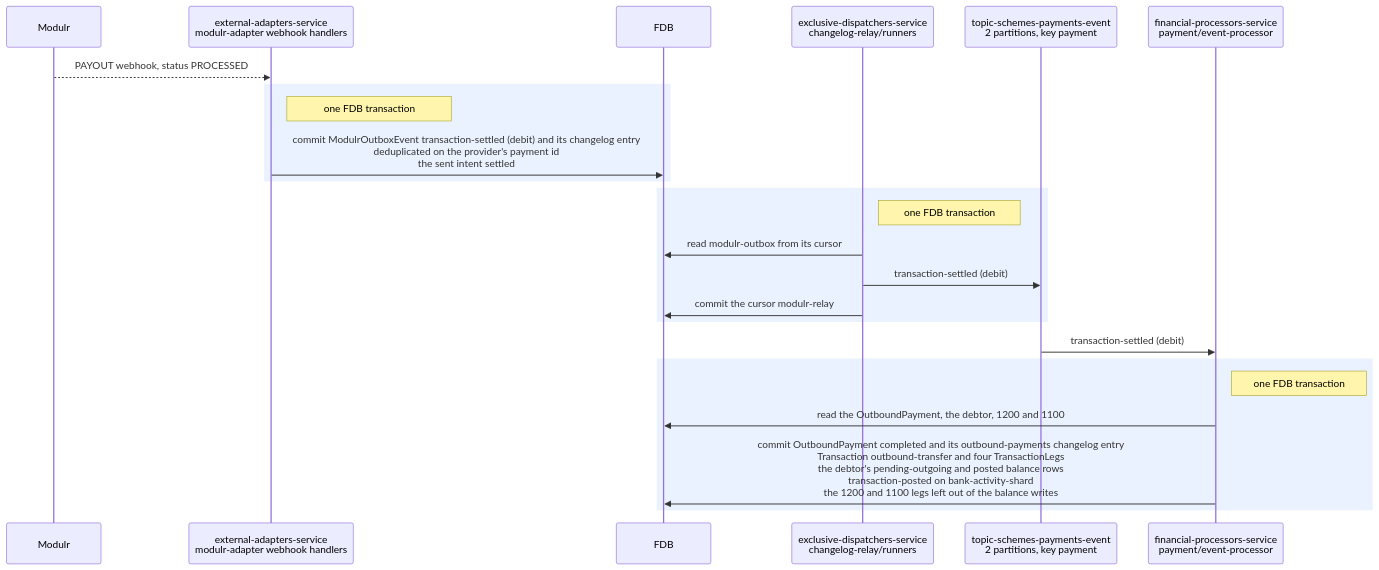
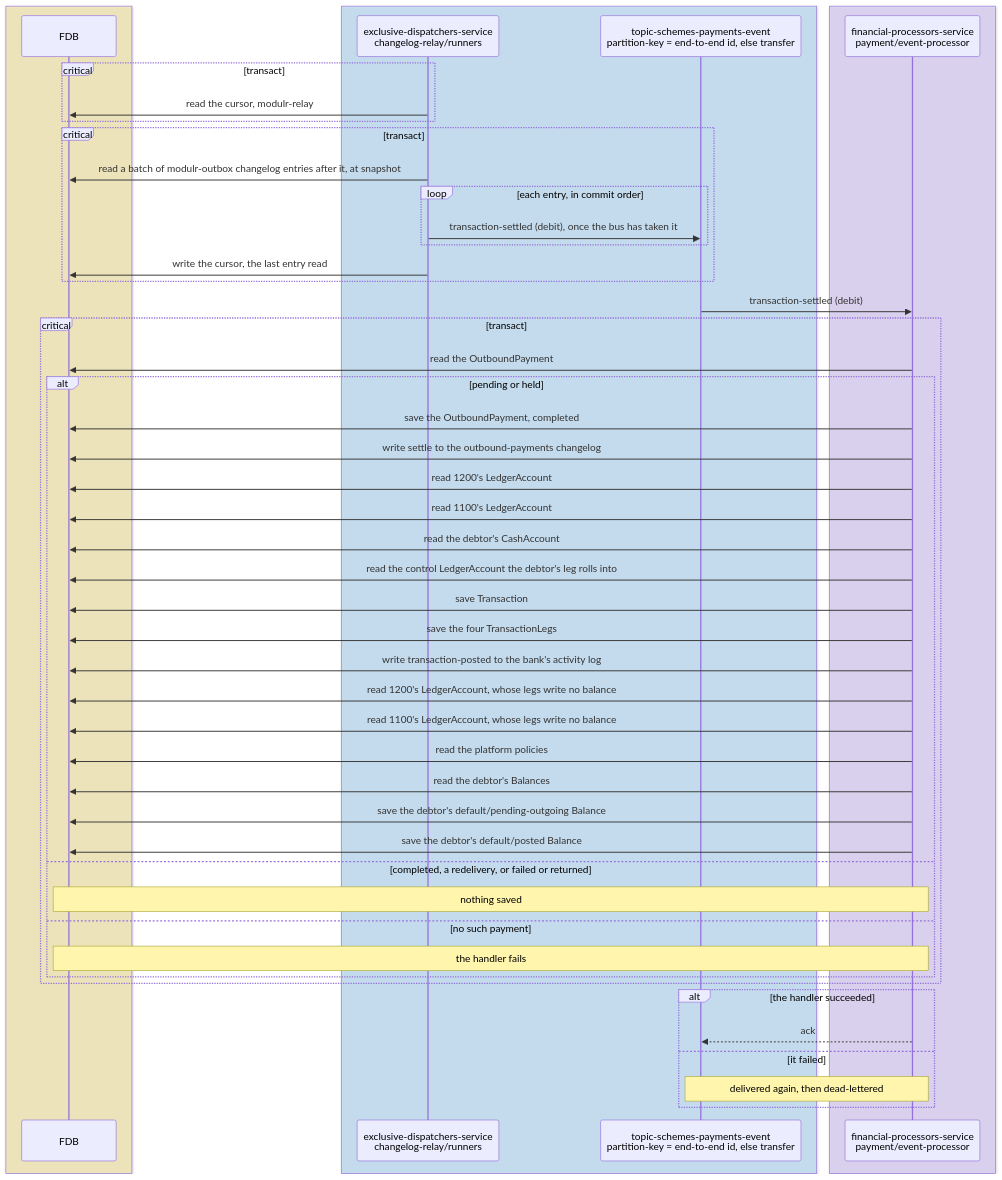
The ninth of 15 diagrams in docs/tdd/payments-outbound.md (repldriven/queenswood), drawn with Mermaid before and after one commit. The commit also changed other lines of this file and 2 other files, not shown here.

Commit message:
Draw outbound and inbound payments to the internal diagrams' conventions

````diff
--- a/docs/tdd/payments-outbound.md
+++ b/docs/tdd/payments-outbound.md
@@ -163,26 +475,53 @@
 ```mermaid
 sequenceDiagram
-    participant PR as Modulr
-    participant WH as external-adapters-service<br/>modulr-adapter webhook handlers
+    box rgba(255, 236, 153, 0.5)
     participant DB as FDB
+    end
+    box rgba(165, 216, 255, 0.45)
     participant OR as exclusive-dispatchers-service<br/>changelog-relay/runners
-    participant SE as topic-schemes-payments-event<br/>2 partitions, key payment
+    participant SE as topic-schemes-payments-event<br/>partition-key = end-to-end id, else transfer
+    end
+    box rgba(208, 191, 255, 0.45)
     participant PE as financial-processors-service<br/>payment/event-processor
-    PR-->>WH: PAYOUT webhook, status PROCESSED
-    rect rgb(235, 242, 255)
-    Note right of WH: one FDB transaction
-    WH->>DB: commit ModulrOutboxEvent transaction-settled (debit) and its changelog entry<br/>deduplicated on the provider's payment id<br/>the sent intent settled
     end
-    rect rgb(235, 242, 255)
-    Note right of OR: one FDB transaction
-    OR->>DB: read modulr-outbox from its cursor
-    OR->>SE: transaction-settled (debit)
-    OR->>DB: commit the cursor modulr-relay
+    critical transact
+    OR->>DB: read the cursor, modulr-relay
+    end
+    critical transact
+    OR->>DB: read a batch of modulr-outbox changelog entries after it, at snapshot
+    loop each entry, in commit order
+    OR->>SE: transaction-settled (debit), once the bus has taken it
+    end
+    OR->>DB: write the cursor, the last entry read
     end
     SE->>PE: transaction-settled (debit)
-    rect rgb(235, 242, 255)
-    Note right of PE: one FDB transaction
-    PE->>DB: read the OutboundPayment, the debtor, 1200 and 1100
-    PE->>DB: commit OutboundPayment completed and its outbound-payments changelog entry<br/>Transaction outbound-transfer and four TransactionLegs<br/>the debtor's pending-outgoing and posted balance rows<br/>transaction-posted on bank-activity-shard<br/>the 1200 and 1100 legs left out of the balance writes
+    critical transact
+    PE->>DB: read the OutboundPayment
+    alt pending or held
+    PE->>DB: save the OutboundPayment, completed
+    PE->>DB: write settle to the outbound-payments changelog
+    PE->>DB: read 1200's LedgerAccount
+    PE->>DB: read 1100's LedgerAccount
+    PE->>DB: read the debtor's CashAccount
+    PE->>DB: read the control LedgerAccount the debtor's leg rolls into
+    PE->>DB: save Transaction
+    PE->>DB: save the four TransactionLegs
+    PE->>DB: write transaction-posted to the bank's activity log
+    PE->>DB: read 1200's LedgerAccount, whose legs write no balance
+    PE->>DB: read 1100's LedgerAccount, whose legs write no balance
+    PE->>DB: read the platform policies
+    PE->>DB: read the debtor's Balances
+    PE->>DB: save the debtor's default/pending-outgoing Balance
+    PE->>DB: save the debtor's default/posted Balance
+    else completed, a redelivery, or failed or returned
+    Note over PE,DB: nothing saved
+    else no such payment
+    Note over PE,DB: the handler fails
+    end
+    end
+    alt the handler succeeded
+    PE-->>SE: ack
+    else it failed
+    Note over PE,SE: delivered again, then dead-lettered
     end
 ```
````
